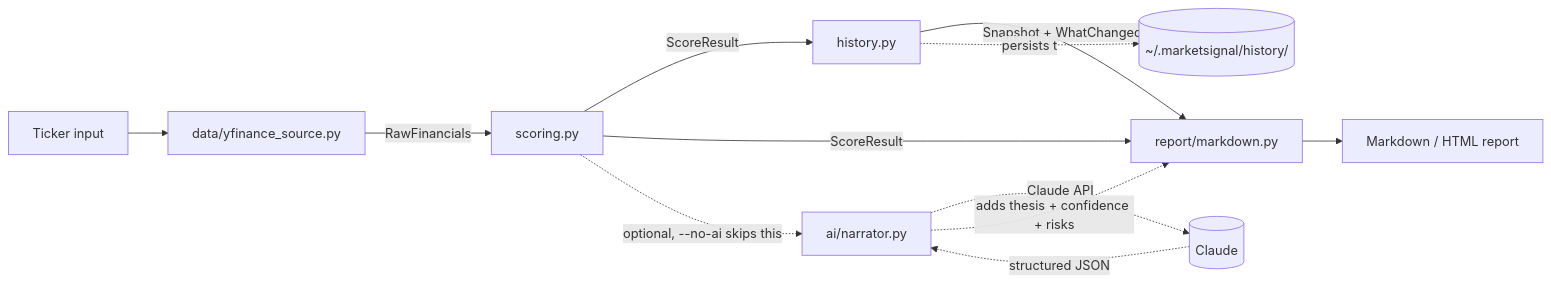
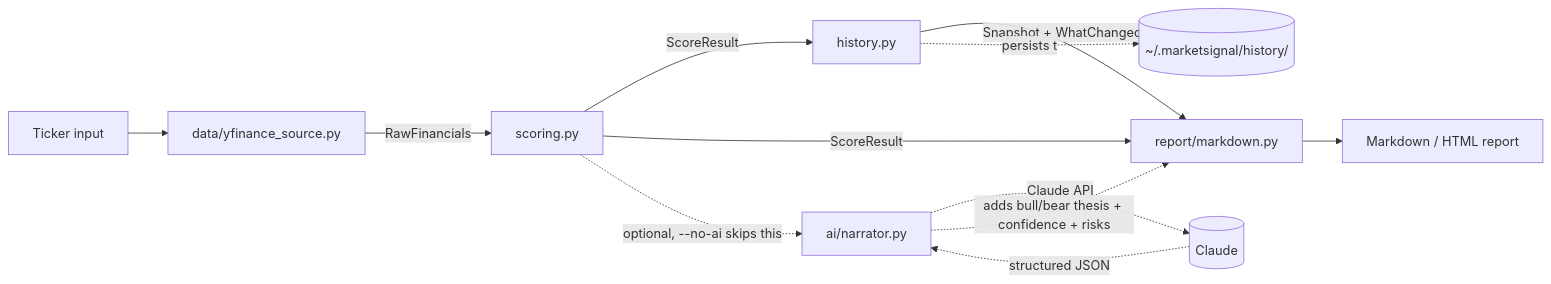
One commit to Barak-Nisim/marketsignal changed the diagram in docs/architecture.md. Above: the diagram before and after it, drawn with Mermaid. The commit also changed 6 other files, not shown here.

First line of the commit message:
Restructure the AI thesis as a bull case / bear case builder

````diff
--- a/docs/architecture.md
+++ b/docs/architecture.md
@@ -5,16 +5,16 @@
 ```mermaid
 flowchart LR
     T[Ticker input] --> Y[data/yfinance_source.py]
     Y -->|RawFinancials| S[scoring.py]
     S -->|ScoreResult| H[history.py]
     H -->|Snapshot + WhatChanged| R[report/markdown.py]
     S -->|ScoreResult| R
     R --> O[Markdown / HTML report]
 
     S -.optional, --no-ai skips this.-> N[ai/narrator.py]
     N -.Claude API.-> C[(Claude)]
     C -.structured JSON.-> N
-    N -.adds thesis + confidence + risks.-> R
+    N -.adds bull/bear thesis + confidence + risks.-> R
 
     H -.persists to.-> HIST[(~/.marketsignal/history/)]
 ```
````
